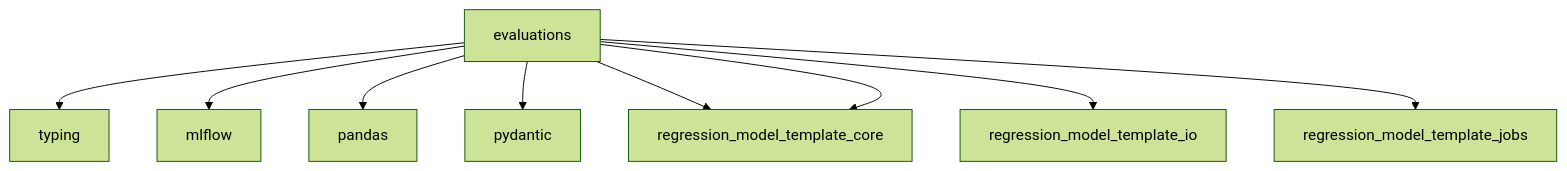
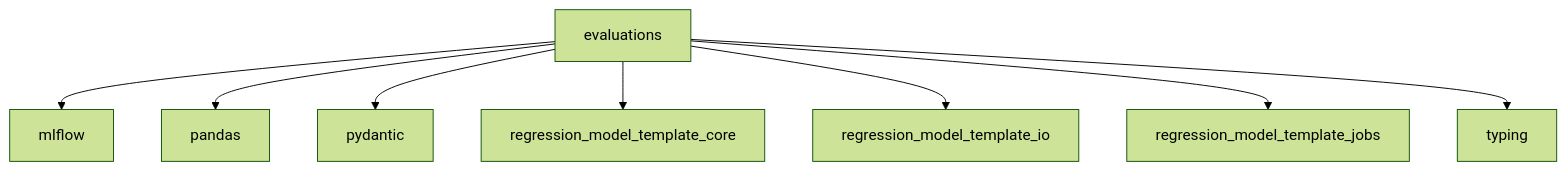
Before and after one commit to lgcorzo/mlops-python-package: the second of 2 diagrams in wiki/evaluations.md, drawn with Mermaid (forest theme). The commit also changed other lines of this file and 31 other files, not shown here.

````diff
--- a/wiki/evaluations.md
+++ b/wiki/evaluations.md
@@ -32,11 +32,11 @@
 ```mermaid
 flowchart TD
-    evaluations --> typing
+
     evaluations --> mlflow
     evaluations --> pandas
     evaluations --> pydantic
     evaluations --> regression_model_template_core
-    evaluations --> regression_model_template_core
     evaluations --> regression_model_template_io
     evaluations --> regression_model_template_jobs
+    evaluations --> typing
 ```
````
